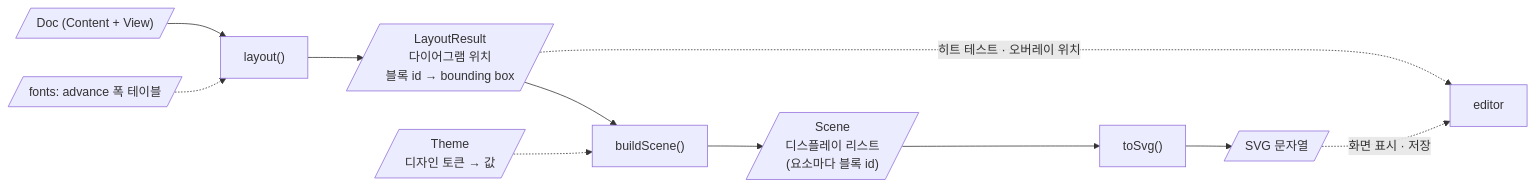
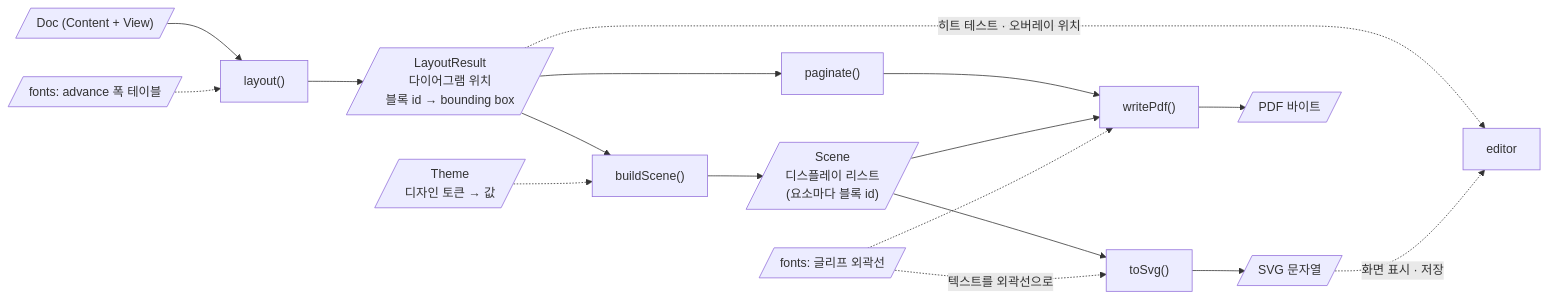
The diagram in docs/04-design/02-layout.md (reddiana/AriadneNSD), drawn with Mermaid before and after one commit. The commit also changed other lines of this file and 90 other files, not shown here.

First line of the commit message:
feat: 순수 SVG · PDF · 인쇄 내보내기, 그림 지문, 텍스트 외곽선(R-EXP-02, R-EXP-03, R-FMT-09, R-FMT-10)

````diff
--- a/docs/04-design/02-layout.md
+++ b/docs/04-design/02-layout.md
@@ -24,22 +24,32 @@
 ```mermaid
 flowchart LR
     doc[/"Doc (Content + View)"/]
     lay["layout()"]
     lr[/"LayoutResult<br/>다이어그램 위치<br/>블록 id → bounding box"/]
     theme[/"Theme<br/>디자인 토큰 → 값"/]
     scene["buildScene()"]
     sc[/"Scene<br/>디스플레이 리스트<br/>(요소마다 블록 id)"/]
     svg["toSvg()"]
     out[/"SVG 문자열"/]
     metrics[/"fonts: advance 폭 테이블"/]
     doc --> lay
     metrics -.-> lay
     lay --> lr
     lr --> scene
     theme -.-> scene
     scene --> sc
     sc --> svg
     svg --> out
     lr -.히트 테스트 · 오버레이 위치.-> ed["editor"]
     out -.화면 표시 · 저장.-> ed
+    glyphs[/"fonts: 글리프 외곽선"/]
+    pages["paginate()"]
+    pdf["writePdf()"]
+    pdfout[/"PDF 바이트"/]
+    glyphs -.텍스트를 외곽선으로.-> svg
+    lr --> pages
+    pages --> pdf
+    sc --> pdf
+    glyphs -.-> pdf
+    pdf --> pdfout
 ```
````
